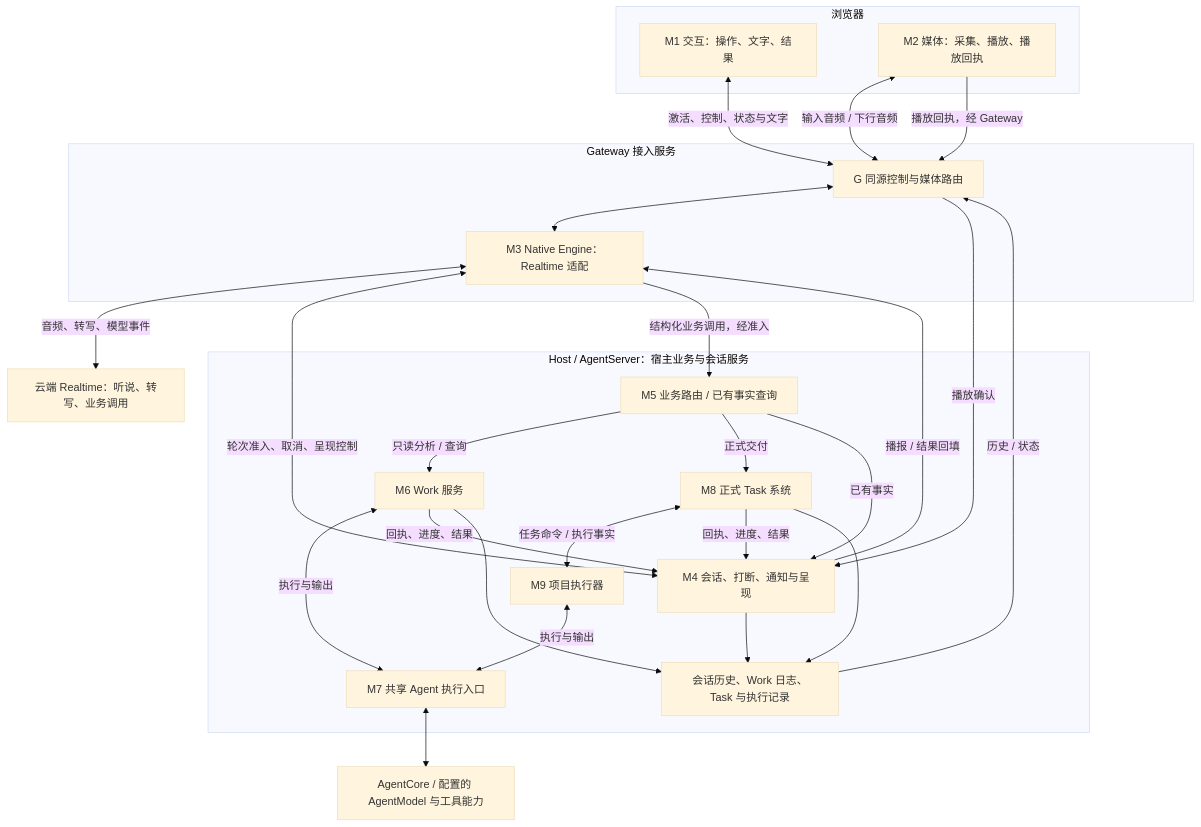
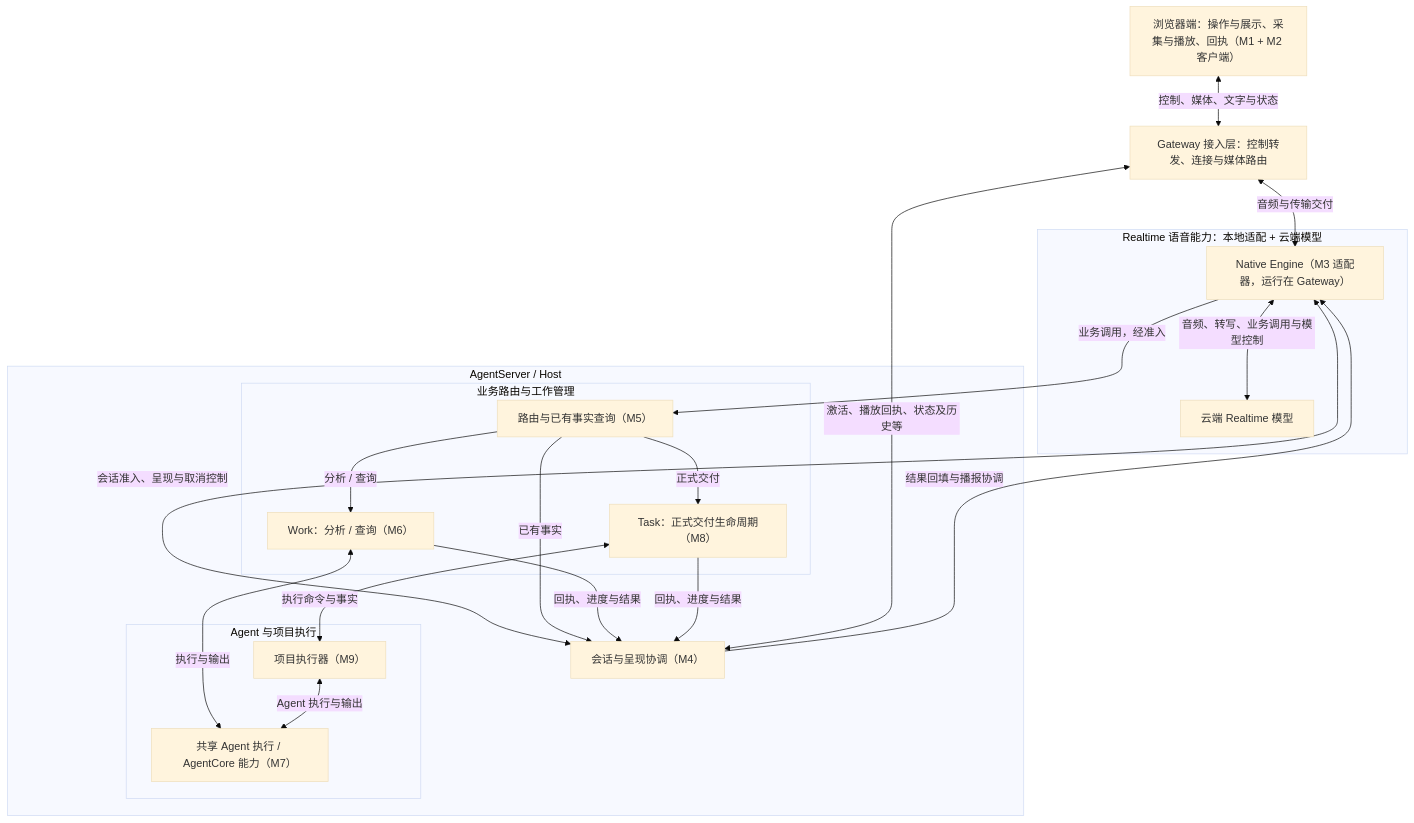
The first of 2 diagrams in live-voice/architecture/VOICE_FEATURE_COMPARISON.md (agtai/jiuwenswarm), drawn with Mermaid (base theme) before and after one commit. The commit also changed other lines of this file, not shown here.

Commit message:
docs(voice): clarify browser realtime and host module grouping

````diff
--- a/live-voice/architecture/VOICE_FEATURE_COMPARISON.md
+++ b/live-voice/architecture/VOICE_FEATURE_COMPARISON.md
@@ -31,44 +65,36 @@
 ```mermaid
 flowchart TB
-  subgraph Browser["浏览器"]
-    UI["M1 交互：操作、文字、结果"]
-    Audio["M2 媒体：采集、播放、播放回执"]
+  B["浏览器端：操作与展示、采集与播放、回执（M1 + M2 客户端）"]
+  G["Gateway 接入层：控制转发、连接与媒体路由"]
+  subgraph Realtime["Realtime 语音能力：本地适配 + 云端模型"]
+    E["Native Engine（M3 适配器，运行在 Gateway）"]
+    P["云端 Realtime 模型"]
+    E <-->|音频、转写、业务调用与模型控制| P
   end
-  subgraph Gateway["Gateway 接入服务"]
-    G["G 同源控制与媒体路由"]
-    E["M3 Native Engine：Realtime 适配"]
+  subgraph Host["AgentServer / Host"]
+    S["会话与呈现协调（M4）"]
+    subgraph Business["业务路由与工作管理"]
+      R["路由与已有事实查询（M5）"]
+      W["Work：分析 / 查询（M6）"]
+      T["Task：正式交付生命周期（M8）"]
+    end
+    subgraph Execution["Agent 与项目执行"]
+      X["项目执行器（M9）"]
+      A["共享 Agent 执行 / AgentCore 能力（M7）"]
+    end
   end
-  P["云端 Realtime：听说、转写、业务调用"]
-  subgraph Host["Host / AgentServer：宿主业务与会话服务"]
-    S["M4 会话、打断、通知与呈现"]
-    R["M5 业务路由 / 已有事实查询"]
-    W["M6 Work 服务"]
-    T["M8 正式 Task 系统"]
-    X["M9 项目执行器"]
-    A["M7 共享 Agent 执行入口"]
-    H["会话历史、Work 日志、Task 与执行记录"]
-  end
-  Core["AgentCore / 配置的 AgentModel 与工具能力"]
-  UI <-->|激活、控制、状态与文字| G
-  Audio <-->|输入音频 / 下行音频| G
-  G <--> E
-  E <-->|音频、转写、模型事件| P
-  E <-->|轮次准入、取消、呈现控制| S
-  E -->|结构化业务调用，经准入| R
-  R -->|只读分析 / 查询| W
+  B <-->|控制、媒体、文字与状态| G
+  G <-->|音频与传输交付| E
+  E <-->|会话准入、呈现与取消控制| S
+  E -->|业务调用，经准入| R
+  R -->|已有事实| S
+  R -->|分析 / 查询| W
   R -->|正式交付| T
   W <-->|执行与输出| A
-  T <-->|任务命令 / 执行事实| X
-  X <-->|执行与输出| A
-  A <--> Core
-  R -->|已有事实| S
-  W -->|回执、进度、结果| S
-  T -->|回执、进度、结果| S
-  S -->|播报 / 结果回填| E
-  Audio -->|播放回执，经 Gateway| G
-  G -->|播放确认| S
-  S --> H
-  W --> H
-  T --> H
-  H -->|历史 / 状态| G
+  T <-->|执行命令与事实| X
+  X <-->|Agent 执行与输出| A
+  W -->|回执、进度与结果| S
+  T -->|回执、进度与结果| S
+  S -->|结果回填与播报协调| E
+  G <-->|激活、播放回执、状态及历史等| S
 ```
````
